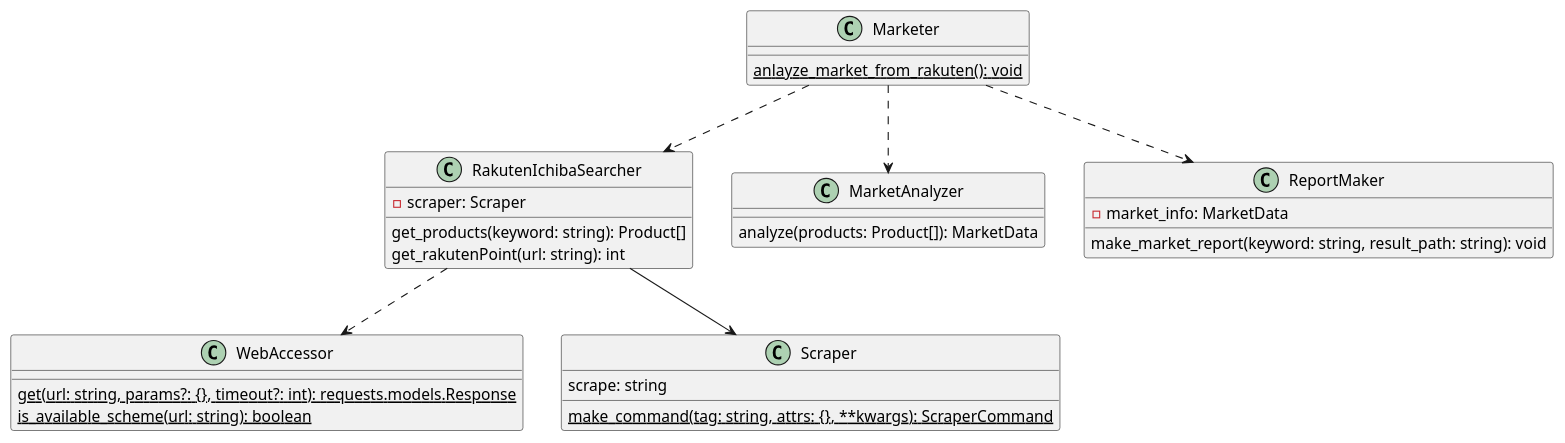
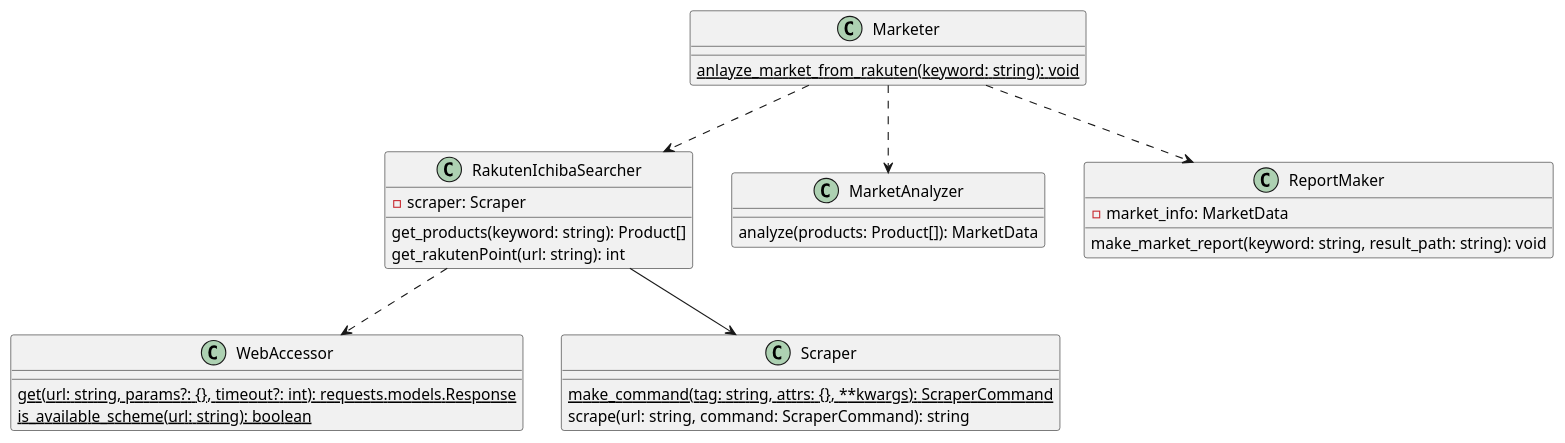
One commit to chanma0806/python-rakuteIchiba-report changed the diagram in doc/class_diagram.plantuml. Above: the diagram before and after it, drawn with PlantUML. The commit also changed 1 other file, not shown here.

Commit message:
fix: クラス図を修正

```diff
--- a/doc/class_diagram.plantuml
+++ b/doc/class_diagram.plantuml
@@ -1,38 +1,38 @@
 @startuml
 
 class Marketer {
-    {static} anlayze_market_from_rakuten(): void
+    {static} anlayze_market_from_rakuten(keyword: string): void
 }
 
 class RakutenIchibaSearcher {
     - scraper: Scraper
     get_products(keyword: string): Product[]
     get_rakutenPoint(url: string): int
 }
 
 class MarketAnalyzer {
     analyze(products: Product[]): MarketData
 }
 
 class ReportMaker {
     - market_info: MarketData
     make_market_report(keyword: string, result_path: string): void
 }
 
 class WebAccessor {
     {static} get(url: string, params?: {}, timeout?: int): requests.models.Response
     {static} is_available_scheme(url: string): boolean
 }
 
 class Scraper {
     {static} make_command(tag: string, attrs: {}, **kwargs): ScraperCommand
-    scrape: string
+    scrape(url: string, command: ScraperCommand): string
 }
 
 Marketer ..> RakutenIchibaSearcher
 Marketer ..> MarketAnalyzer
 Marketer ..> ReportMaker
 RakutenIchibaSearcher ..> WebAccessor
 RakutenIchibaSearcher --> Scraper
 
 @enduml
```
